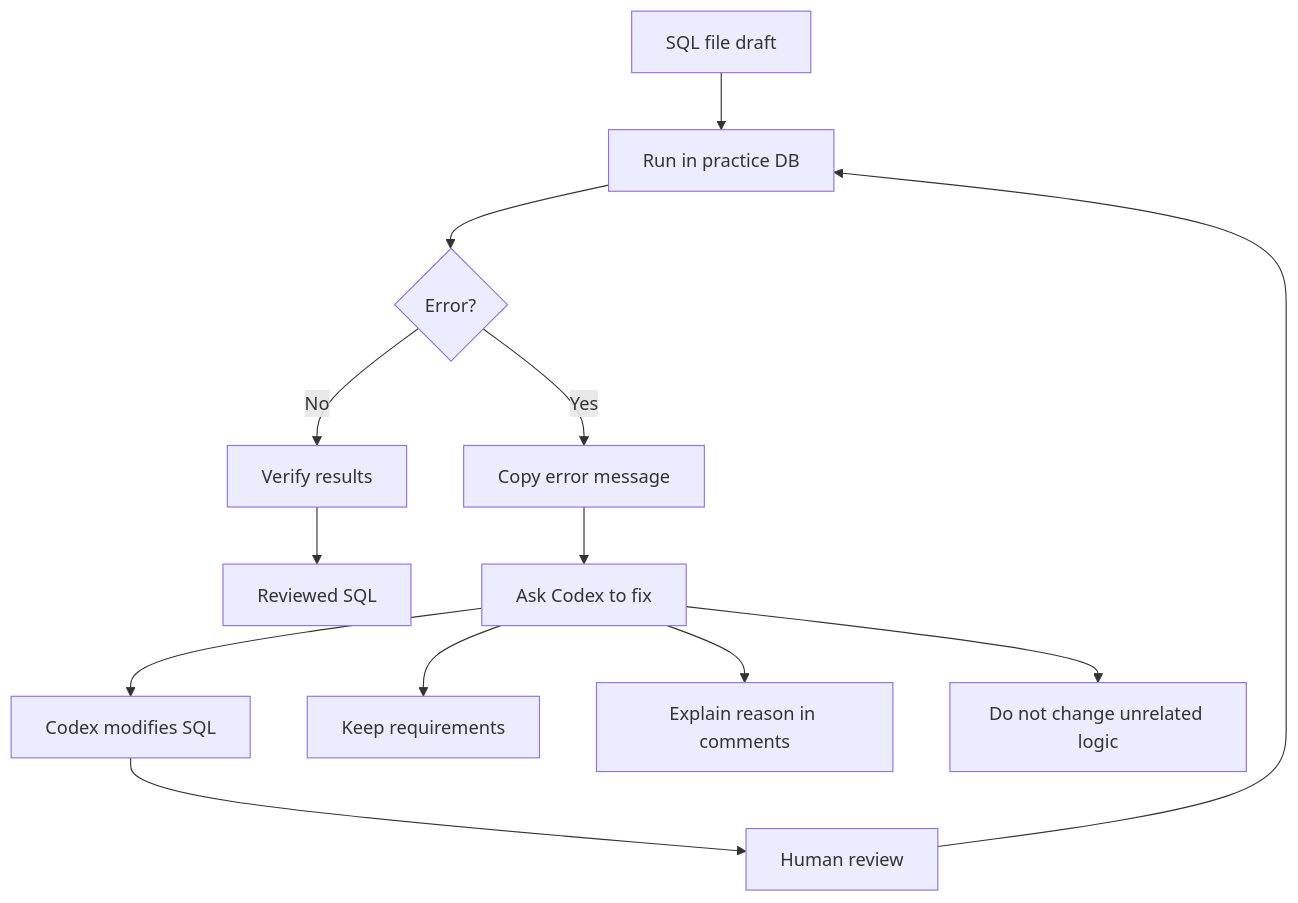
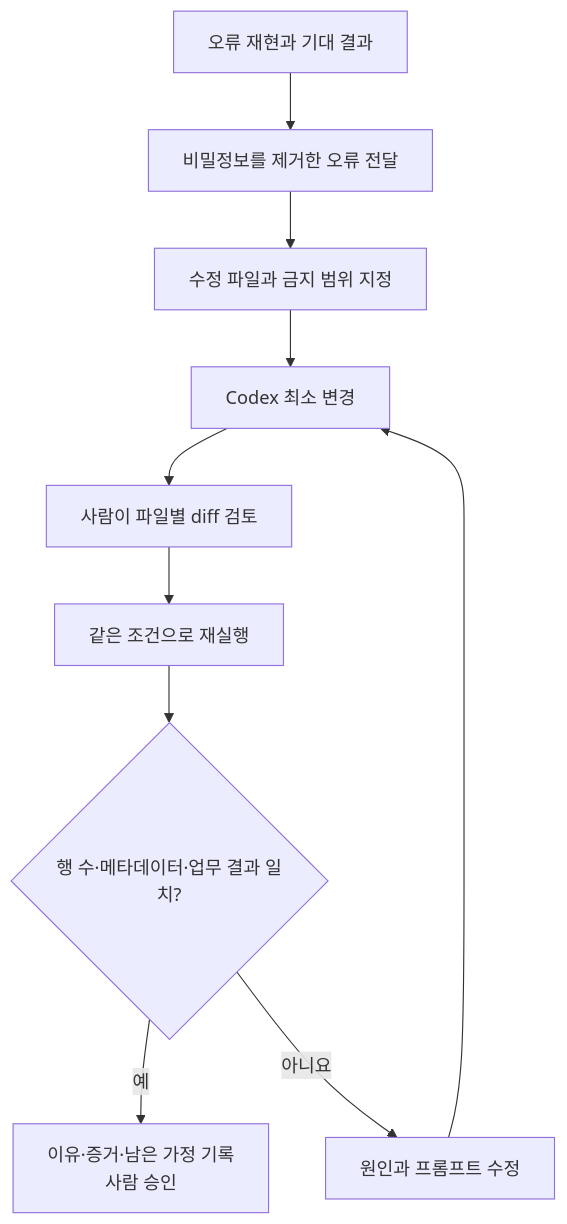
The diagram in images/chapter13/ch13_08_codex_error_fix_loop.mmd (GilbertMoon/ai-database-book), drawn with Mermaid before and after one commit.

Commit message:
Revise Chapter 13 Codex loop Mermaid

```diff
--- a/images/chapter13/ch13_08_codex_error_fix_loop.mmd
+++ b/images/chapter13/ch13_08_codex_error_fix_loop.mmd
@@ -1,15 +1,10 @@
 flowchart TB
-    A[SQL file draft] --> B[Run in practice DB]
-    B --> C{Error?}
-    C -->|No| D[Verify results]
-    D --> E[Reviewed SQL]
-
-    C -->|Yes| F[Copy error message]
-    F --> G[Ask Codex to fix]
-    G --> H[Codex modifies SQL]
-    H --> I[Human review]
-    I --> B
-
-    G --> G1[Keep requirements]
-    G --> G2[Explain reason in comments]
-    G --> G3[Do not change unrelated logic]
+    A[오류 재현과 기대 결과] --> B[비밀정보를 제거한 오류 전달]
+    B --> C[수정 파일과 금지 범위 지정]
+    C --> D[Codex 최소 변경]
+    D --> E[사람이 파일별 diff 검토]
+    E --> F[같은 조건으로 재실행]
+    F --> G{행 수·메타데이터·업무 결과 일치?}
+    G -- 예 --> H[이유·증거·남은 가정 기록<br/>사람 승인]
+    G -- 아니요 --> I[원인과 프롬프트 수정]
+    I --> D
```
